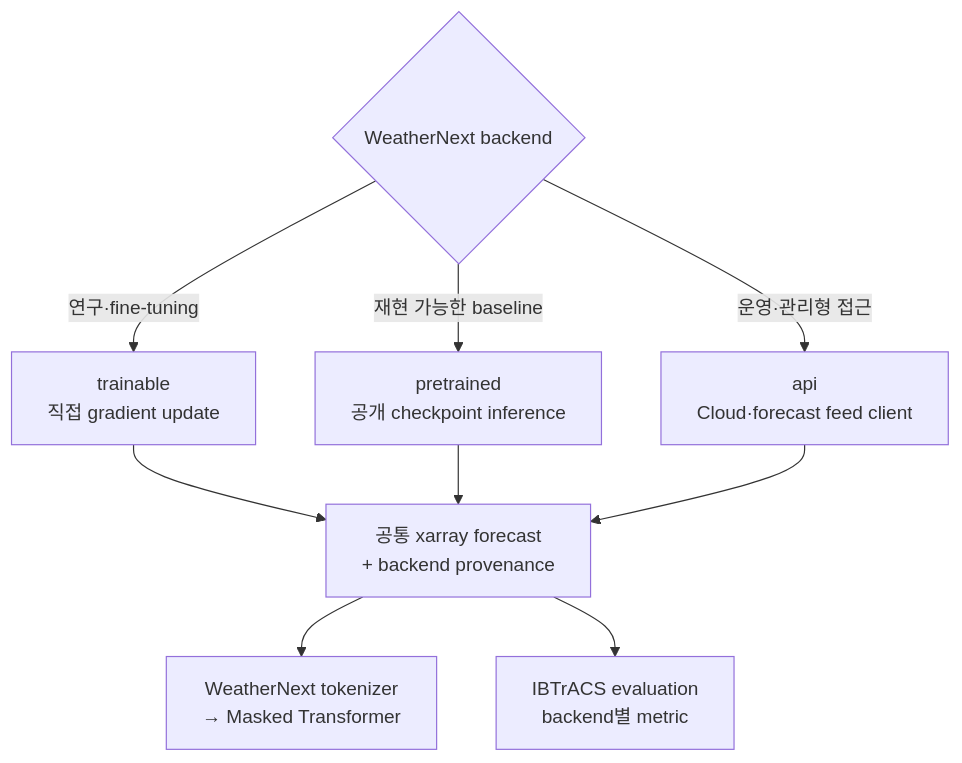
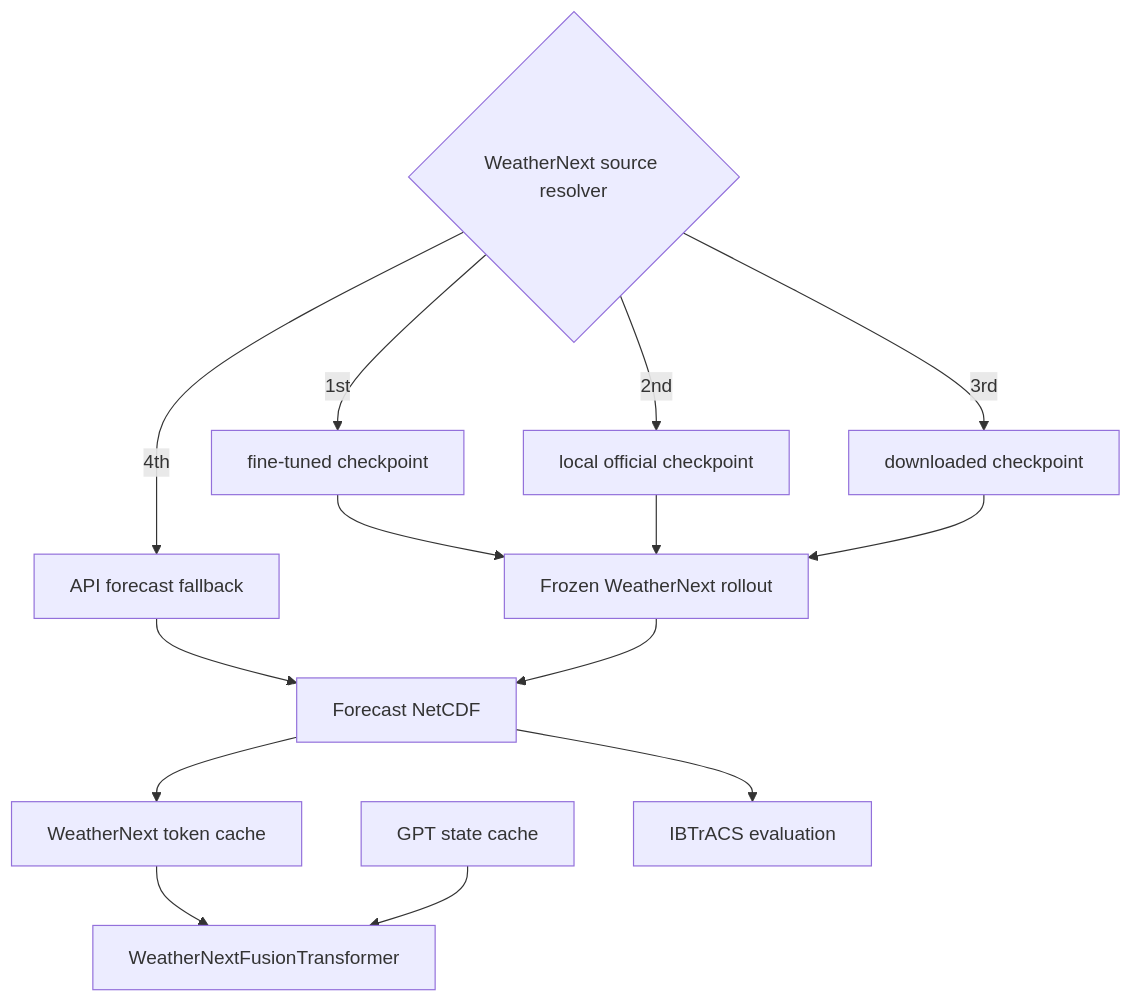
The diagram in weathernext/README.md (nayehyeon61-glitch/typnonn_preesure_data_loader), drawn with Mermaid before and after one commit. The commit also changed other lines of this file, not shown here.

Commit message:
Document resolver driven WeatherNext to Weather-GPT pipeline

````diff
--- a/weathernext/README.md
+++ b/weathernext/README.md
@@ -5,19 +5,28 @@
 ```mermaid
 flowchart TB
-    SELECT{"WeatherNext backend"}
-    TRAIN["trainable<br/>직접 gradient update"]
-    PRE["pretrained<br/>공개 checkpoint inference"]
-    API["api<br/>Cloud·forecast feed client"]
-    CONTRACT["공통 xarray forecast<br/>+ backend provenance"]
-    TOKEN["WeatherNext tokenizer<br/>→ Masked Transformer"]
-    EVAL["IBTrACS evaluation<br/>backend별 metric"]
+    SELECT{"WeatherNext source resolver"}
+    FINE["fine-tuned checkpoint"]
+    PRE["local official checkpoint"]
+    DOWN["downloaded checkpoint"]
+    API["API forecast fallback"]
+    RUN["Frozen WeatherNext rollout"]
+    FORECAST["Forecast NetCDF"]
+    TOKEN["WeatherNext token cache"]
+    GPT["GPT state cache"]
+    FUSION["WeatherNextFusionTransformer"]
+    EVAL["IBTrACS evaluation"]
 
-    SELECT -->|연구·fine-tuning| TRAIN
-    SELECT -->|재현 가능한 baseline| PRE
-    SELECT -->|운영·관리형 접근| API
-    TRAIN --> CONTRACT
-    PRE --> CONTRACT
-    API --> CONTRACT
-    CONTRACT --> TOKEN
-    CONTRACT --> EVAL
+    SELECT -->|1st| FINE
+    SELECT -->|2nd| PRE
+    SELECT -->|3rd| DOWN
+    SELECT -->|4th| API
+    FINE --> RUN
+    PRE --> RUN
+    DOWN --> RUN
+    API --> FORECAST
+    RUN --> FORECAST
+    FORECAST --> TOKEN
+    FORECAST --> EVAL
+    TOKEN --> FUSION
+    GPT --> FUSION
 ```
````
